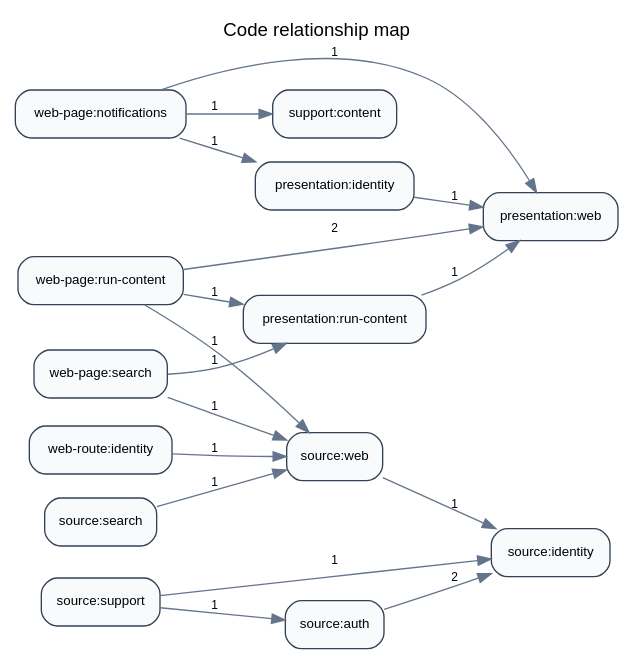
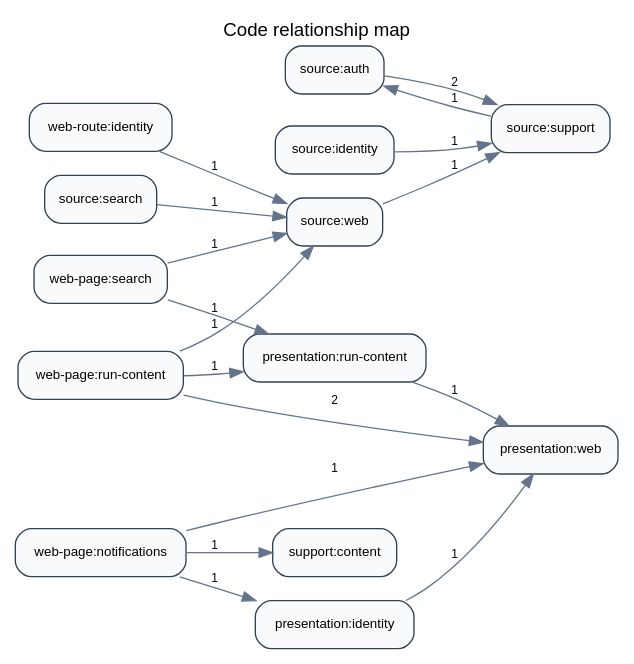
One commit to strataga/whatagoodealtx changed the diagram in docs/architecture/code-map.dot. Above: the diagram before and after it, drawn with Graphviz. The commit also changed 6 other files, not shown here.

```diff
--- a/docs/architecture/code-map.dot
+++ b/docs/architecture/code-map.dot
@@ -1,22 +1,22 @@
 digraph CodeMap {
   rankdir=LR;
   graph [fontname="Helvetica", labelloc="t", label="Code relationship map"];
   node [shape=box, style="rounded,filled", fillcolor="#f8fafc", color="#334155", fontname="Helvetica", fontsize=10];
   edge [color="#64748b", fontname="Helvetica", fontsize=9];
-  "source:auth" -> "source:identity" [label="2"];
+  "source:auth" -> "source:support" [label="2"];
   "web-page:run-content" -> "presentation:web" [label="2"];
   "presentation:identity" -> "presentation:web" [label="1"];
   "presentation:run-content" -> "presentation:web" [label="1"];
+  "source:identity" -> "source:support" [label="1"];
   "source:search" -> "source:web" [label="1"];
   "source:support" -> "source:auth" [label="1"];
-  "source:support" -> "source:identity" [label="1"];
-  "source:web" -> "source:identity" [label="1"];
+  "source:web" -> "source:support" [label="1"];
   "web-page:notifications" -> "presentation:identity" [label="1"];
   "web-page:notifications" -> "presentation:web" [label="1"];
   "web-page:notifications" -> "support:content" [label="1"];
   "web-page:run-content" -> "presentation:run-content" [label="1"];
   "web-page:run-content" -> "source:web" [label="1"];
   "web-page:search" -> "presentation:run-content" [label="1"];
   "web-page:search" -> "source:web" [label="1"];
   "web-route:identity" -> "source:web" [label="1"];
 }
```
